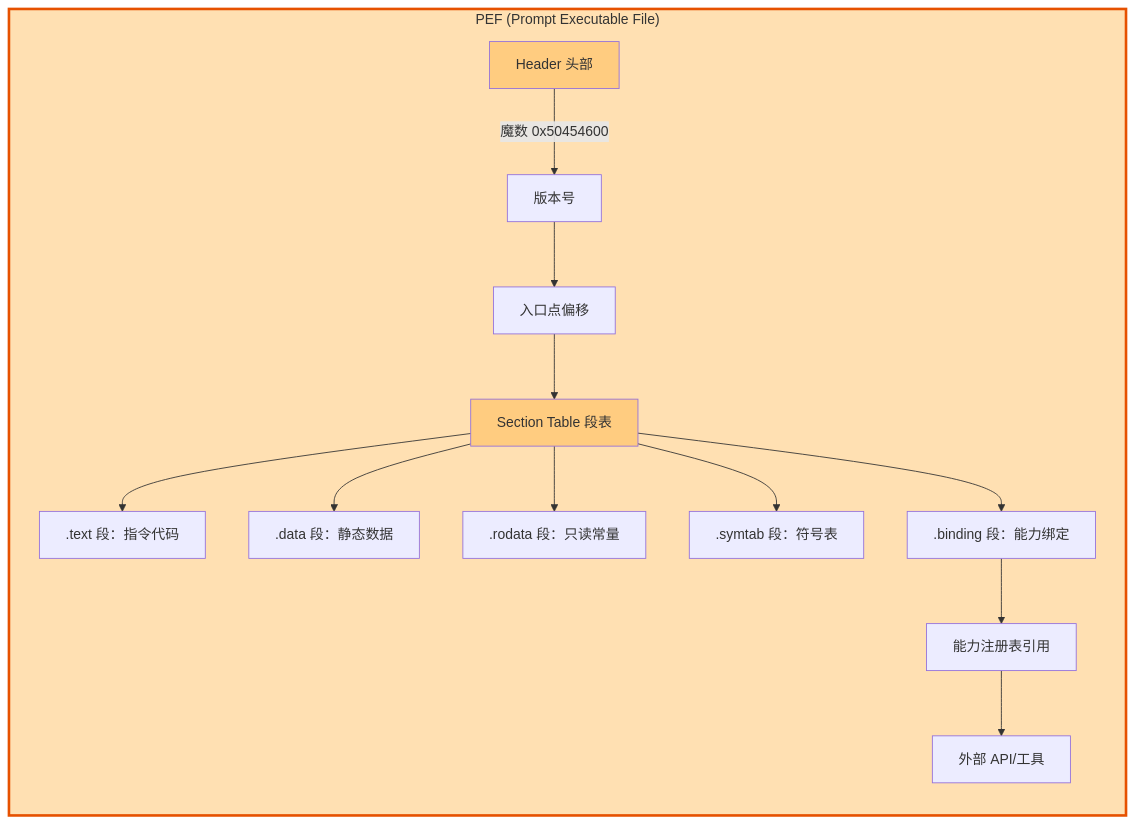
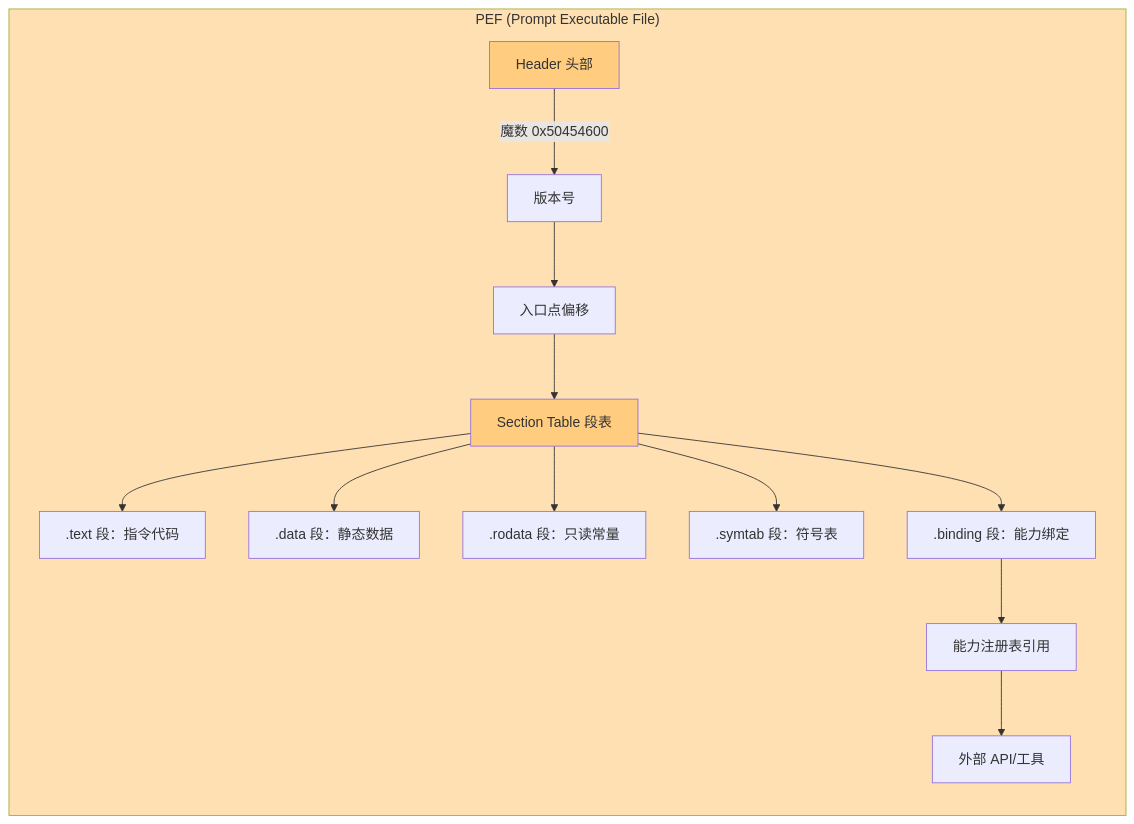
One commit to jeffery9/intentOS changed the third of 16 diagrams in papers/Architecture_Diagrams.md. Above: the diagram before and after it, drawn with Mermaid. The commit also changed other lines of this file, not shown here.

First line of the commit message:
docs: 修复 Mermaid 图表语法错误

````diff
--- a/papers/Architecture_Diagrams.md
+++ b/papers/Architecture_Diagrams.md
@@ -86,23 +86,23 @@
 ```mermaid
 flowchart TB
     subgraph PEF["PEF (Prompt Executable File)"]
         direction TB
         H[Header 头部]
         H --> |魔数 0x50454600| V[版本号]
         V --> E[入口点偏移]
         
         E --> ST[Section Table 段表]
         ST --> T1[.text 段：指令代码]
         ST --> T2[.data 段：静态数据]
         ST --> T3[.rodata 段：只读常量]
         ST --> T4[.symtab 段：符号表]
         ST --> T5[.binding 段：能力绑定]
         
         T5 --> CAP[能力注册表引用]
         CAP --> API[外部 API/工具]
     end
-    
-    style PEF fill:#ffe0b2,stroke:#e65100,stroke-width:3px
+
+    style PEF fill:#ffe0b2
     style H fill:#ffcc80
     style ST fill:#ffcc80
 ```
````
